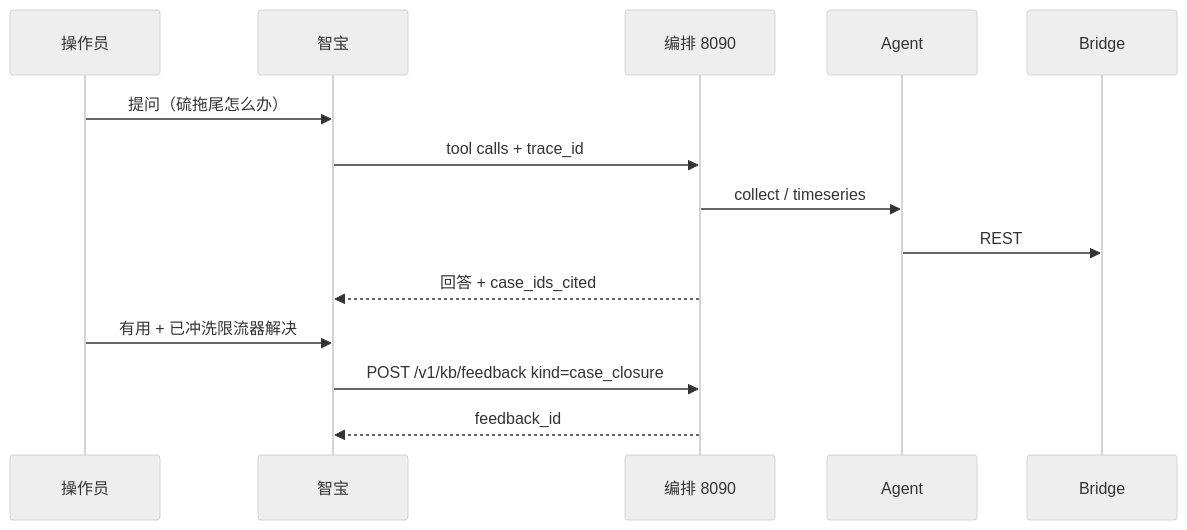
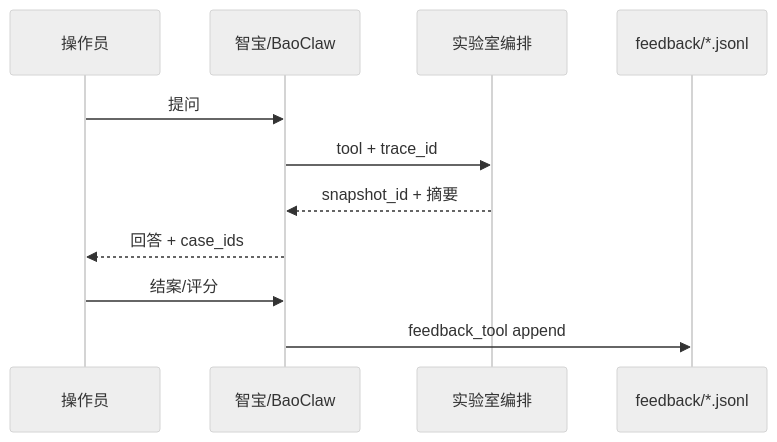
Before and after one commit to tempcy/CornerstoneMock: the diagram in CornerstoneAgent/INTERFACE.md, drawn with Mermaid (neutral theme). The commit also changed other lines of this file and 9 other files, not shown here.

Commit message:
Implement Plan A: company-side feedback JSONL and feedback_tool CLI

````diff
--- a/CornerstoneAgent/INTERFACE.md
+++ b/CornerstoneAgent/INTERFACE.md
@@ -698,16 +707,13 @@
 ```mermaid
 sequenceDiagram
   participant U as 操作员
-  participant Z as 智宝
-  participant O as 编排 8090
-  participant A as Agent
-  participant B as Bridge
-  U->>Z: 提问（硫拖尾怎么办）
-  Z->>O: tool calls + trace_id
-  O->>A: collect / timeseries
-  A->>B: REST
-  O-->>Z: 回答 + case_ids_cited
-  U->>Z: 有用 + 已冲洗限流器解决
-  Z->>O: POST /v1/kb/feedback kind=case_closure
-  O-->>Z: feedback_id
+  participant Z as 智宝/BaoClaw
+  participant O as 实验室编排
+  participant FB as feedback/*.jsonl
+  U->>Z: 提问
+  Z->>O: tool + trace_id
+  O-->>Z: snapshot_id + 摘要
+  Z-->>U: 回答 + case_ids
+  U->>Z: 结案/评分
+  Z->>FB: feedback_tool append
 ```
````
